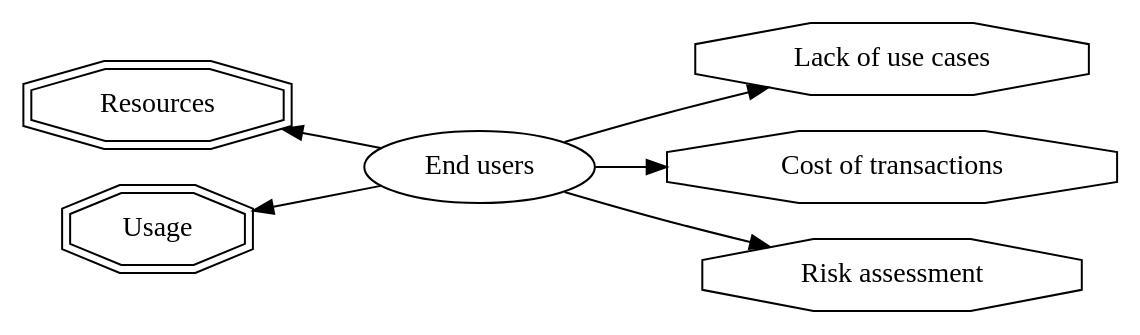
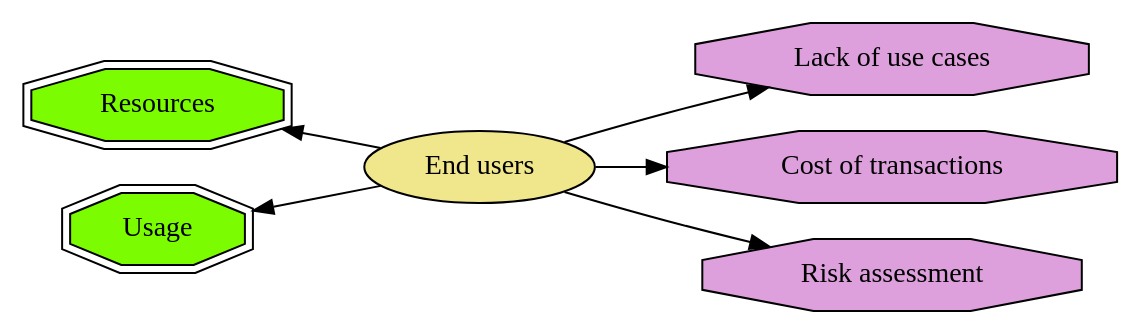
One commit to ledgerwatch/eth_state changed the seventh of 13 diagrams in Ethereum1x_definition.md. Above: the diagram before and after it, drawn with Graphviz. The commit also changed other lines of this file, not shown here.

````diff
--- a/Ethereum1x_definition.md
+++ b/Ethereum1x_definition.md
@@ -77,13 +78,13 @@
 ```graphviz
 digraph end_users {
 rankdir=LR;
-end_users [label="End users"];
-resources [label="Resources" shape="doubleoctagon"];
-usage [label="Usage" shape="doubleoctagon"];
-no_usecases [label="Lack of use cases" shape="octagon"];
-tx_cost [label="Cost of transactions" shape="octagon"];
-tx_safety [label="Risk assessment" shape="octagon"];
+end_users [label="End users" style=filled fillcolor=khaki];
+resources [label="Resources" shape=doubleoctagon style=filled fillcolor=lawngreen];
+usage [label="Usage" shape=doubleoctagon style=filled fillcolor=lawngreen];
+no_usecases [label="Lack of use cases" shape=octagon style=filled fillcolor=plum];
+tx_cost [label="Cost of transactions" shape=octagon style=filled fillcolor=plum];
+tx_safety [label="Risk assessment" shape=octagon style=filled fillcolor=plum];
 {resources usage} -> end_users [dir="back"]
 end_users -> {tx_cost tx_safety no_usecases}
 }
 ```
````
